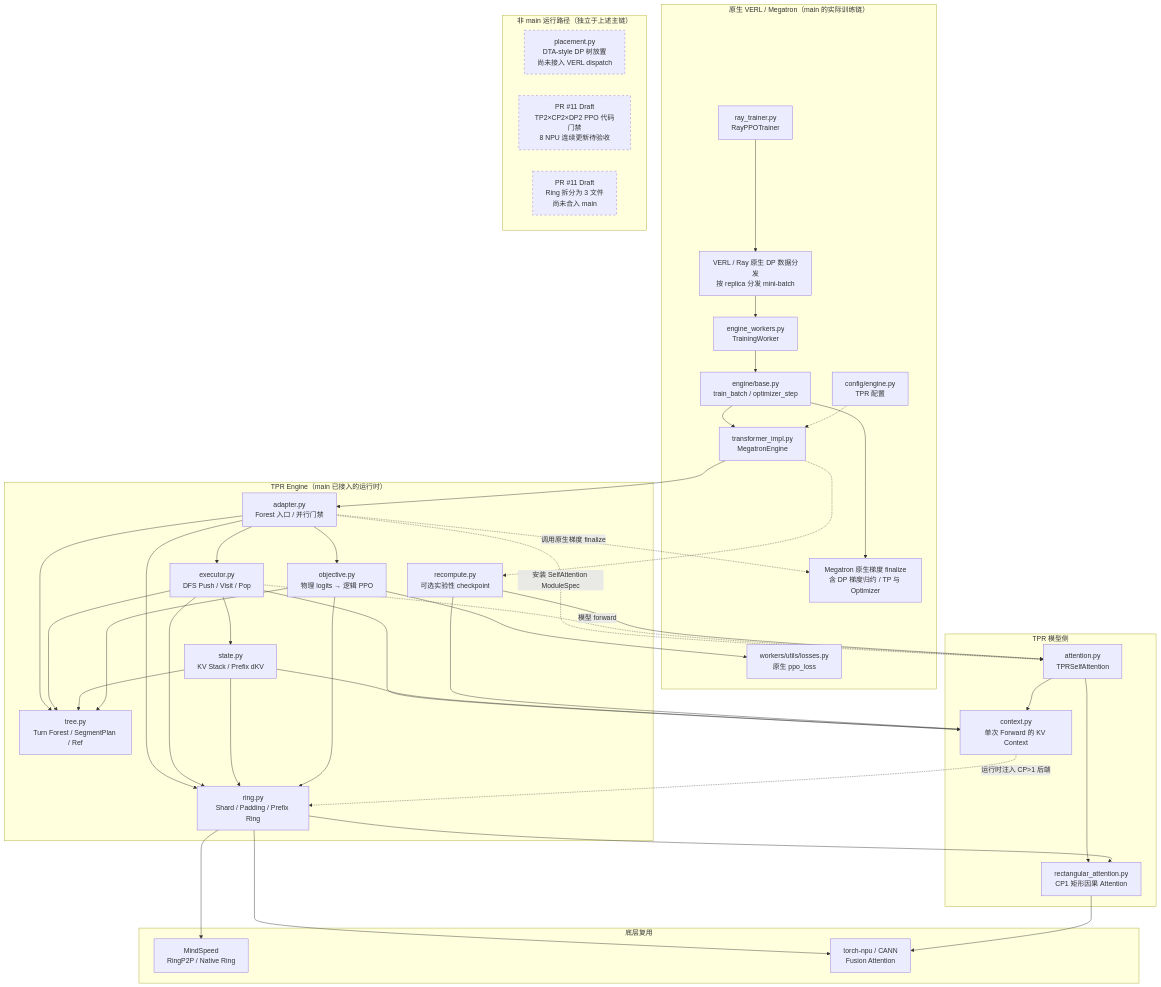
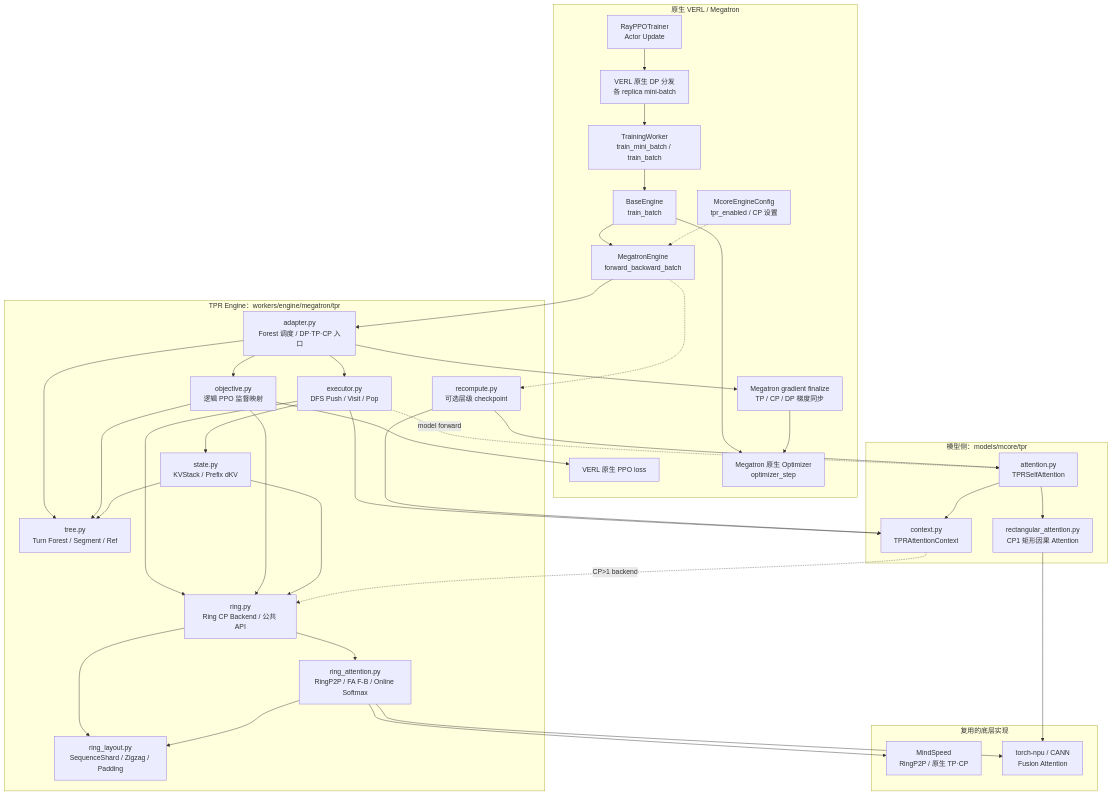
Before and after one commit to 1903943257/verl-tpr: the diagram in docs/tpr/TPR开发文档.md, drawn with Mermaid. The commit also changed other lines of this file, not shown here.

Commit message:
docs(tpr): integrate DP2 and three Ring modules into core architecture guide

````diff
--- a/docs/tpr/TPR开发文档.md
+++ b/docs/tpr/TPR开发文档.md
@@ -76,82 +79,73 @@
 ```mermaid
 flowchart TB
-    subgraph Native["原生 VERL / Megatron（main 的实际训练链）"]
-        Trainer["ray_trainer.py<br/>RayPPOTrainer"]
-        DPDispatch["VERL / Ray 原生 DP 数据分发<br/>按 replica 分发 mini-batch"]
-        Worker["engine_workers.py<br/>TrainingWorker"]
-        Base["engine/base.py<br/>train_batch / optimizer_step"]
-        Engine["transformer_impl.py<br/>MegatronEngine"]
-        Config["config/engine.py<br/>TPR 配置"]
-        PPO["workers/utils/losses.py<br/>原生 ppo_loss"]
-        Finalize["Megatron 原生梯度 finalize<br/>含 DP 梯度归约 / TP 与 Optimizer"]
+    subgraph Native["原生 VERL / Megatron"]
+        Trainer["RayPPOTrainer<br/>Actor Update"]
+        DPDispatch["VERL 原生 DP 分发<br/>各 replica mini-batch"]
+        Worker["TrainingWorker<br/>train_mini_batch / train_batch"]
+        Base["BaseEngine<br/>train_batch"]
+        Engine["MegatronEngine<br/>forward_backward_batch"]
+        Config["McoreEngineConfig<br/>tpr_enabled / CP 设置"]
+        PPO["VERL 原生 PPO loss"]
+        Finalize["Megatron gradient finalize<br/>TP / CP / DP 梯度同步"]
+        Optimizer["Megatron 原生 Optimizer<br/>optimizer_step"]
     end
 
-    subgraph TPR["TPR Engine（main 已接入的运行时）"]
-        Adapter["adapter.py<br/>Forest 入口 / 并行门禁"]
-        Tree["tree.py<br/>Turn Forest / SegmentPlan / Ref"]
+    subgraph TPR["TPR Engine：workers/engine/megatron/tpr"]
+        Adapter["adapter.py<br/>Forest 调度 / DP·TP·CP 入口"]
+        Tree["tree.py<br/>Turn Forest / Segment / Ref"]
         Executor["executor.py<br/>DFS Push / Visit / Pop"]
-        State["state.py<br/>KV Stack / Prefix dKV"]
-        Objective["objective.py<br/>物理 logits → 逻辑 PPO"]
-        Ring["ring.py<br/>Shard / Padding / Prefix Ring"]
-        Recompute["recompute.py<br/>可选实验性 checkpoint"]
+        State["state.py<br/>KVStack / Prefix dKV"]
+        Objective["objective.py<br/>逻辑 PPO 监督映射"]
+        RingFacade["ring.py<br/>Ring CP Backend / 公共 API"]
+        RingLayout["ring_layout.py<br/>SequenceShard / Zigzag / Padding"]
+        RingAttention["ring_attention.py<br/>RingP2P / FA F-B / Online Softmax"]
+        Recompute["recompute.py<br/>可选层级 checkpoint"]
     end
 
-    subgraph Model["TPR 模型侧"]
+    subgraph Model["模型侧：models/mcore/tpr"]
         Attention["attention.py<br/>TPRSelfAttention"]
-        Context["context.py<br/>单次 Forward 的 KV Context"]
+        Context["context.py<br/>TPRAttentionContext"]
         Rect["rectangular_attention.py<br/>CP1 矩形因果 Attention"]
     end
 
-    subgraph Reuse["底层复用"]
-        MindSpeed["MindSpeed<br/>RingP2P / Native Ring"]
+    subgraph NativeKernels["复用的底层实现"]
+        MindSpeed["MindSpeed<br/>RingP2P / 原生 TP·CP"]
         CANN["torch-npu / CANN<br/>Fusion Attention"]
-    end
-
-    subgraph OffMain["非 main 运行路径（独立于上述主链）"]
-        Placement["placement.py<br/>DTA-style DP 树放置<br/>尚未接入 VERL dispatch"]
-        DraftDP["PR #11 Draft<br/>TP2×CP2×DP2 PPO 代码门禁<br/>8 NPU 连续更新待验收"]
-        DraftRing["PR #11 Draft<br/>Ring 拆分为 3 文件<br/>尚未合入 main"]
     end
 
     Trainer --> DPDispatch
     DPDispatch --> Worker
     Worker --> Base
     Base --> Engine
     Config -.-> Engine
-    Base --> Finalize
+    Base --> Optimizer
     Engine --> Adapter
     Engine -.-> Recompute
+    Adapter --> Finalize
+    Finalize --> Optimizer
 
     Adapter --> Tree
     Adapter --> Executor
     Adapter --> Objective
-    Adapter --> Ring
-    Adapter -.->|安装 SelfAttention ModuleSpec| Attention
-    Adapter -.->|调用原生梯度 finalize| Finalize
-
-    Executor --> Tree
     Executor --> State
-    Executor --> Ring
     Executor --> Context
-    Executor -.->|模型 forward| Attention
+    Executor --> RingFacade
+    Executor -.->|model forward| Attention
+    Objective --> Tree
+    Objective --> RingFacade
+    Objective --> PPO
     State --> Tree
-    State --> Context
-    State --> Ring
-    Objective --> Tree
-    Objective --> Ring
-    Objective --> PPO
+    State --> RingFacade
 
     Attention --> Context
     Attention --> Rect
-    Context -.->|运行时注入 CP>1 后端| Ring
+    Context -.->|CP>1 backend| RingFacade
+    RingFacade --> RingLayout
+    RingFacade --> RingAttention
+    RingAttention --> RingLayout
+    RingAttention --> MindSpeed
+    RingAttention --> CANN
+    Rect --> CANN
+    Recompute --> Context
     Recompute --> Attention
-    Recompute --> Context
-    Ring --> Rect
-    Ring --> MindSpeed
-    Ring --> CANN
-    Rect --> CANN
-
-    style Placement stroke-dasharray: 5 5
-    style DraftDP stroke-dasharray: 5 5
-    style DraftRing stroke-dasharray: 5 5
 ```
````
